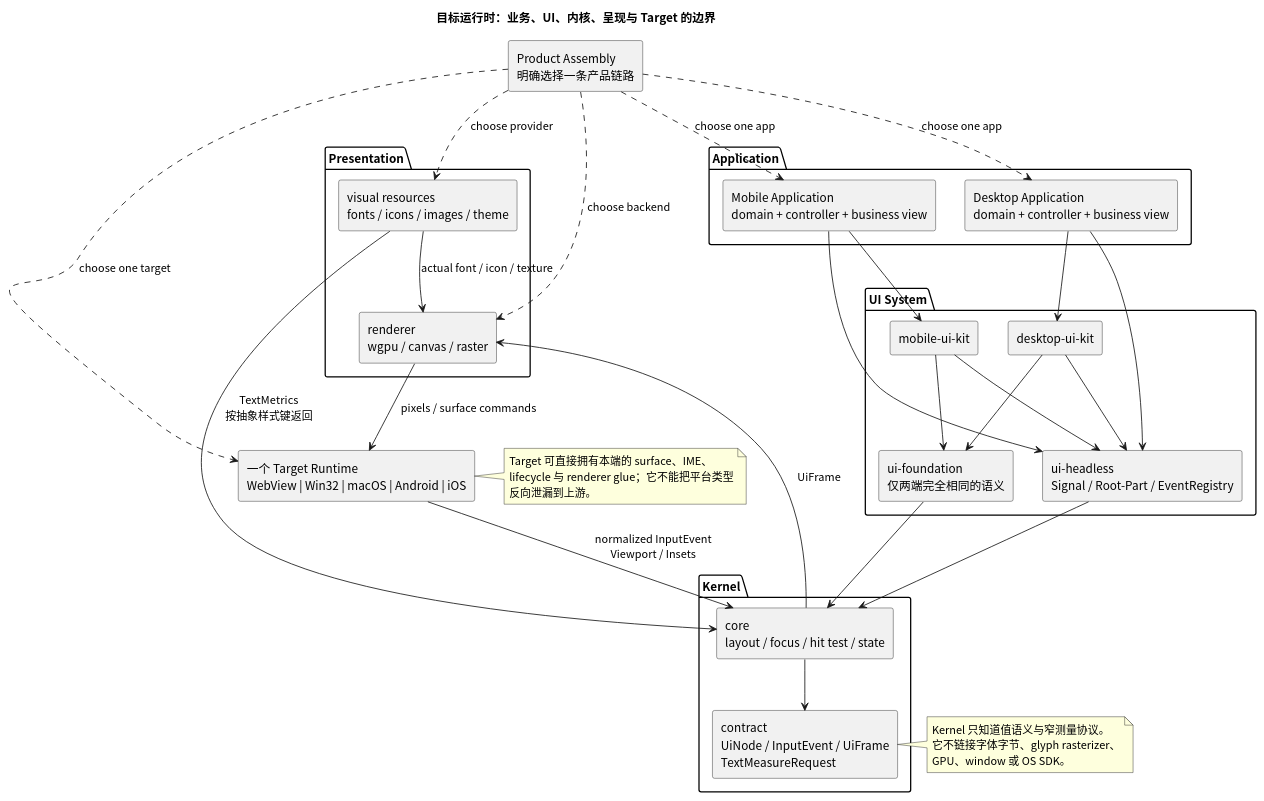
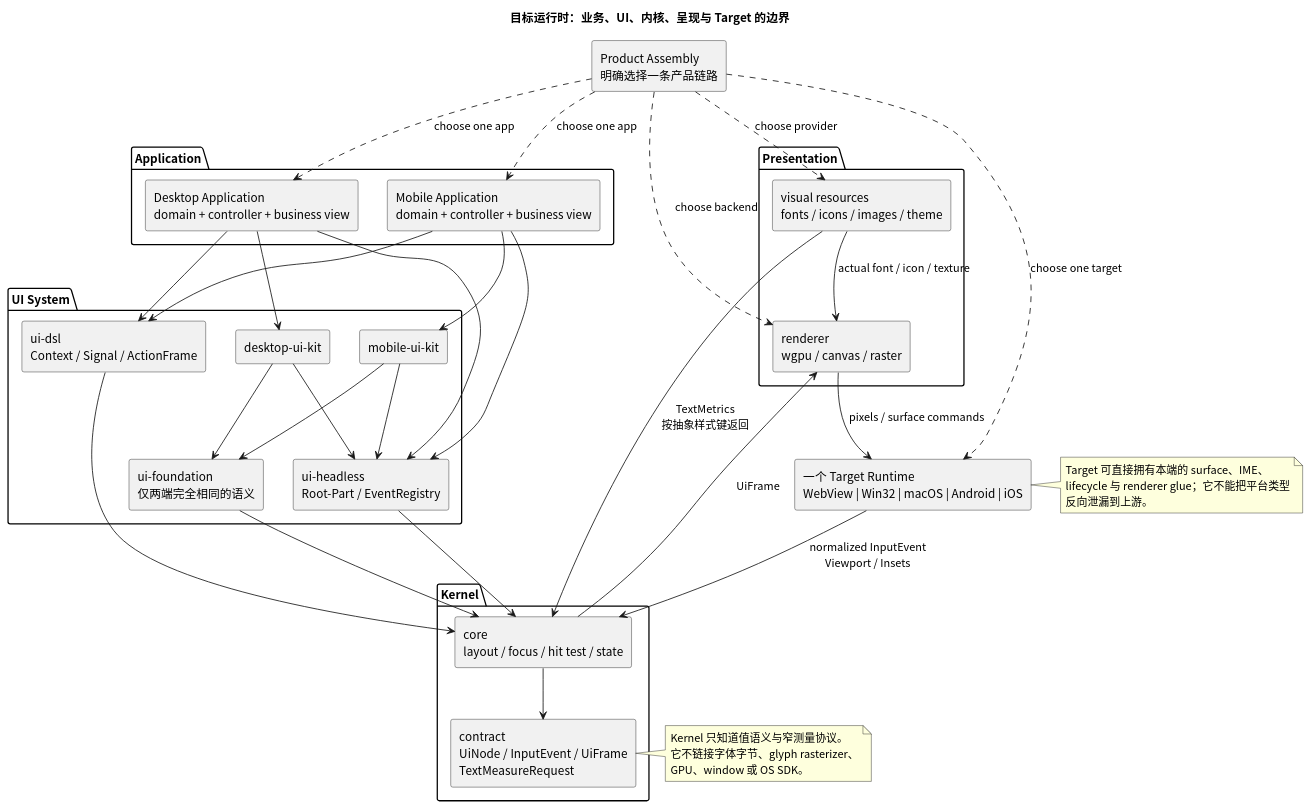
The second of 10 diagrams in docs/026-架构迭代方案.md (nyml2003/tela), drawn with PlantUML before and after one commit. The commit also changed other lines of this file and 98 other files, not shown here.

First line of the commit message:
Add application composition DSL and frame provenance

````diff
--- a/docs/026-架构迭代方案.md
+++ b/docs/026-架构迭代方案.md
@@ -168,70 +168,74 @@
 ```plantuml
 @startuml
 title 目标运行时：业务、UI、内核、呈现与 Target 的边界
 top to bottom direction
 skinparam shadowing false
 skinparam defaultFontName "Noto Sans CJK SC"
 skinparam componentStyle rectangle
 
 package "Application" {
   component "Desktop Application\ndomain + controller + business view" as desktop_app
   component "Mobile Application\ndomain + controller + business view" as mobile_app
 }
 
 package "UI System" {
-  component "ui-headless\nSignal / Root-Part / EventRegistry" as headless
+  component "ui-dsl\nContext / Signal / ActionFrame" as dsl
+  component "ui-headless\nRoot-Part / EventRegistry" as headless
   component "desktop-ui-kit" as desktop_kit
   component "mobile-ui-kit" as mobile_kit
   component "ui-foundation\n仅两端完全相同的语义" as foundation
 }
 
 package "Kernel" {
   component "contract\nUiNode / InputEvent / UiFrame\nTextMeasureRequest" as contract
   component "core\nlayout / focus / hit test / state" as core
 }
 
 package "Presentation" {
   component "visual resources\nfonts / icons / images / theme" as resources
   component "renderer\nwgpu / canvas / raster" as renderer
 }
 
 component "一个 Target Runtime\nWebView | Win32 | macOS | Android | iOS" as target_runtime
 component "Product Assembly\n明确选择一条产品链路" as assembly
 
 desktop_app --> desktop_kit
 mobile_app --> mobile_kit
+desktop_app --> dsl
+mobile_app --> dsl
 desktop_app --> headless
 mobile_app --> headless
 desktop_kit --> headless
 mobile_kit --> headless
 desktop_kit --> foundation
 mobile_kit --> foundation
+dsl --> core
 headless --> core
 foundation --> core
 core --> contract
 
 target_runtime --> core : normalized InputEvent\nViewport / Insets
 resources --> core : TextMetrics\n按抽象样式键返回
 core --> renderer : UiFrame
 resources --> renderer : actual font / icon / texture
 renderer --> target_runtime : pixels / surface commands
 
 assembly ..> desktop_app : choose one app
 assembly ..> mobile_app : choose one app
 assembly ..> resources : choose provider
 assembly ..> renderer : choose backend
 assembly ..> target_runtime : choose one target
 
 note right of contract
 Kernel 只知道值语义与窄测量协议。
 它不链接字体字节、glyph rasterizer、
 GPU、window 或 OS SDK。
 end note
 
 note right of target_runtime
 Target 可直接拥有本端的 surface、IME、
 lifecycle 与 renderer glue；它不能把平台类型
 反向泄漏到上游。
 end note
 @enduml
 ```
````
